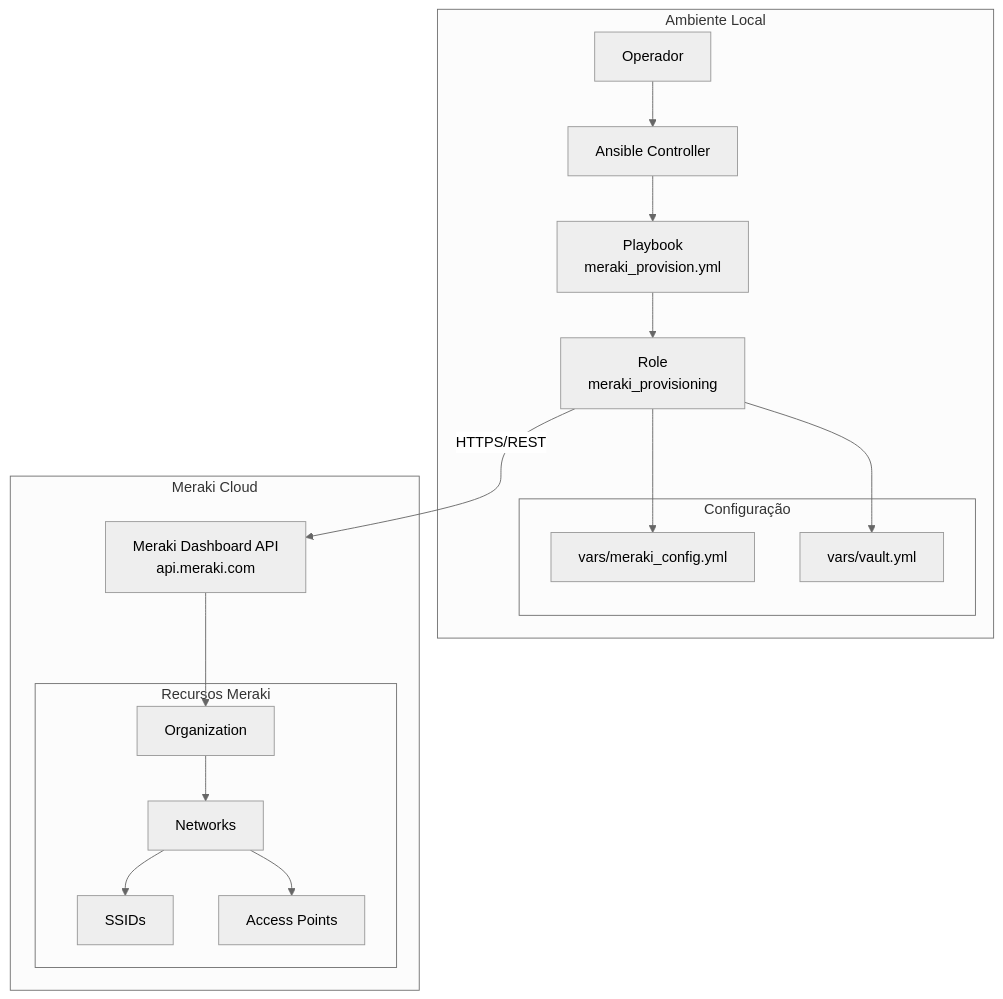
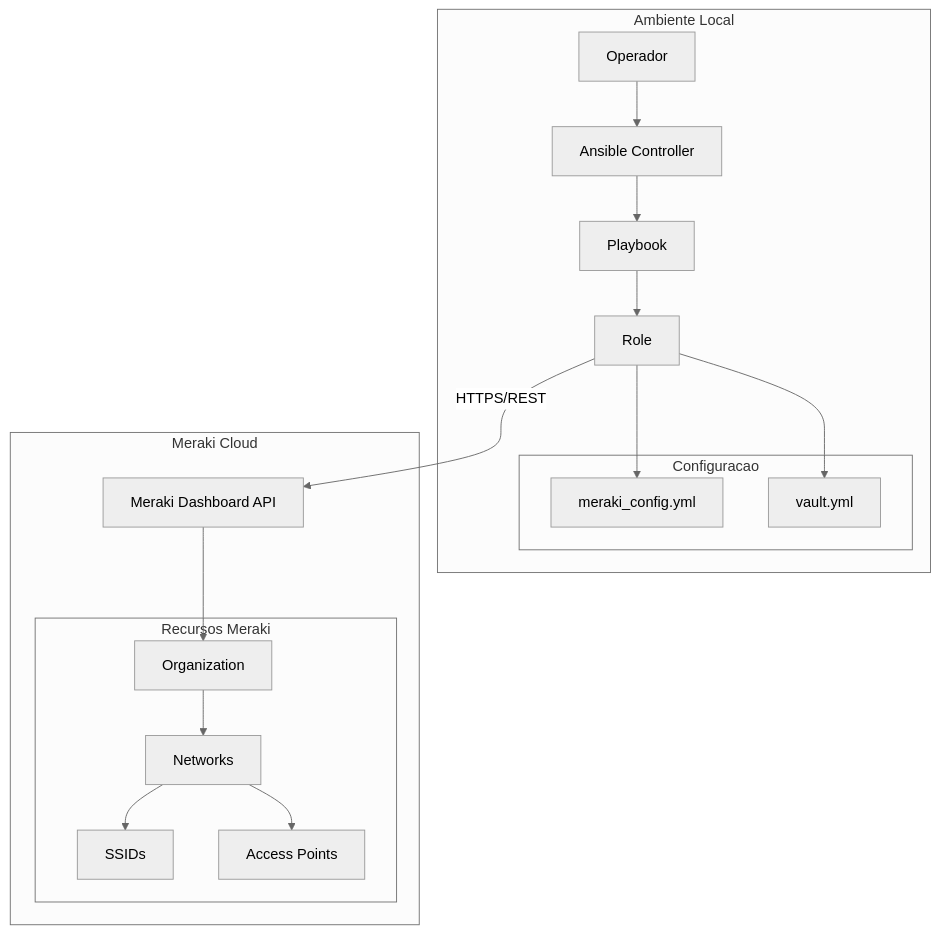
The second of 13 diagrams in docs/system-modeling.md (rodrigo-freitas-com/meraki-ansible), drawn with Mermaid (neutral theme) before and after one commit. The commit also changed other lines of this file, not shown here.

````diff
--- a/docs/system-modeling.md
+++ b/docs/system-modeling.md
@@ -73,34 +73,34 @@
 ```mermaid
 graph TB
-    subgraph "Ambiente Local"
+    subgraph Local[Ambiente Local]
         A[Operador] --> B[Ansible Controller]
-        B --> C[Playbook<br/>meraki_provision.yml]
-        C --> D[Role<br/>meraki_provisioning]
+        B --> C[Playbook]
+        C --> D[Role]
 
-        subgraph "Configuração"
-            E[vars/meraki_config.yml]
-            F[vars/vault.yml]
+        subgraph Config[Configuracao]
+            E[meraki_config.yml]
+            F[vault.yml]
         end
 
         D --> E
         D --> F
     end
 
-    subgraph "Meraki Cloud"
-        G[Meraki Dashboard API<br/>api.meraki.com]
+    subgraph Cloud[Meraki Cloud]
+        G[Meraki Dashboard API]
 
-        subgraph "Recursos Meraki"
+        subgraph Resources[Recursos Meraki]
             H[Organization]
             I[Networks]
             J[SSIDs]
             K[Access Points]
         end
 
         G --> H
         H --> I
         I --> J
         I --> K
     end
 
     D -->|HTTPS/REST| G
 ```
````
